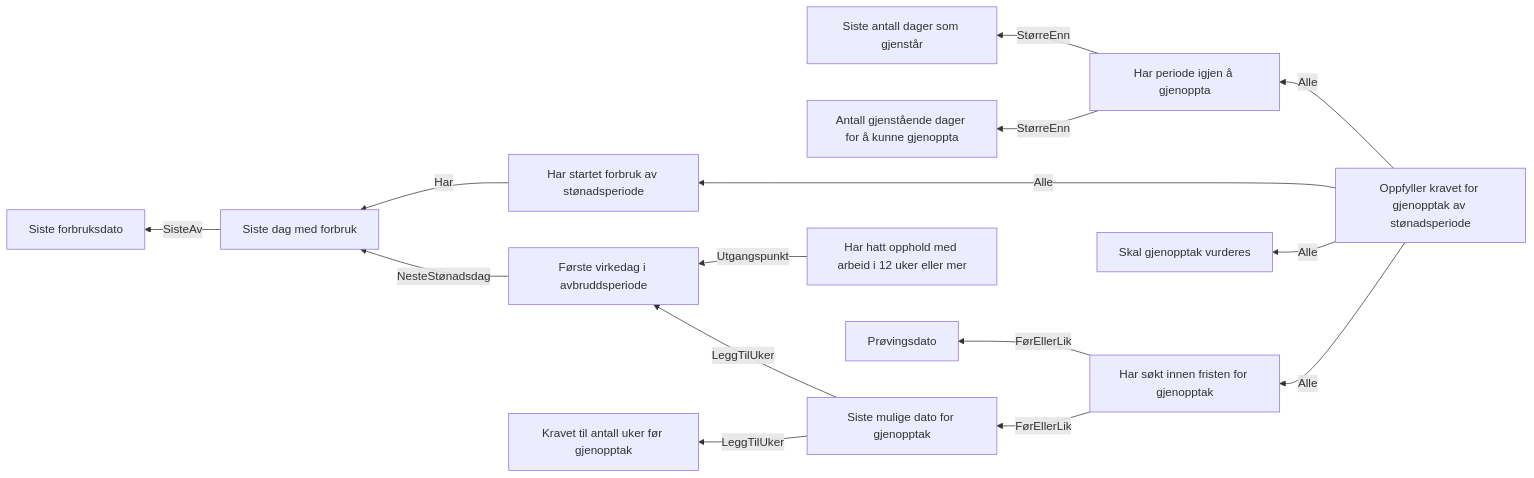
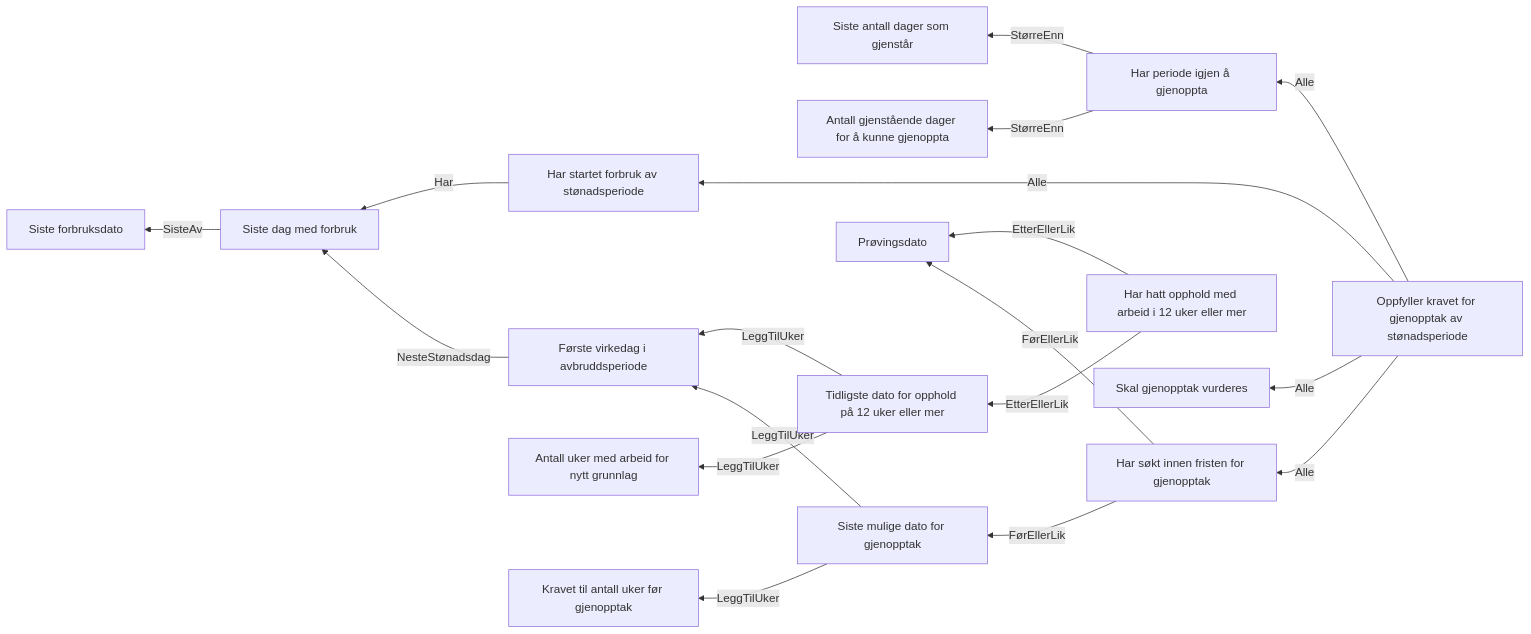
One commit to navikt/dp-behandling changed the diagram in docs/regler/§ 4-16. Gjenopptak av løpende stønadsperiode som er avbrutt.approved.md. Above: the diagram before and after it, drawn with Mermaid. The commit also changed 4 other files, not shown here.

First line of the commit message:
fix: beregn oppholdMedArbeidI12ukerEllerMer i gjenopptak

````diff
--- a/docs/regler/§ 4-16. Gjenopptak av løpende stønadsperiode som er avbrutt.approved.md
+++ b/docs/regler/§ 4-16. Gjenopptak av løpende stønadsperiode som er avbrutt.approved.md
@@ -5,17 +5,20 @@
 ```mermaid
 graph RL
   A["Har startet forbruk av stønadsperiode"] -->|"Har"| B["Siste dag med forbruk"]
   C["Har periode igjen å gjenoppta"] -->|"StørreEnn"| D["Siste antall dager som gjenstår"]
   C["Har periode igjen å gjenoppta"] -->|"StørreEnn"| E["Antall gjenstående dager for å kunne gjenoppta"]
-  F["Har hatt opphold med arbeid i 12 uker eller mer"] -->|"Utgangspunkt"| G["Første virkedag i avbruddsperiode"]
-  B["Siste dag med forbruk"] -->|"SisteAv"| H["Siste forbruksdato"]
+  F["Tidligste dato for opphold på 12 uker eller mer"] -->|"LeggTilUker"| G["Første virkedag i avbruddsperiode"]
+  F["Tidligste dato for opphold på 12 uker eller mer"] -->|"LeggTilUker"| H["Antall uker med arbeid for nytt grunnlag"]
+  I["Har hatt opphold med arbeid i 12 uker eller mer"] -->|"EtterEllerLik"| J["Prøvingsdato"]
+  I["Har hatt opphold med arbeid i 12 uker eller mer"] -->|"EtterEllerLik"| F["Tidligste dato for opphold på 12 uker eller mer"]
+  B["Siste dag med forbruk"] -->|"SisteAv"| K["Siste forbruksdato"]
   G["Første virkedag i avbruddsperiode"] -->|"NesteStønadsdag"| B["Siste dag med forbruk"]
-  I["Siste mulige dato for gjenopptak"] -->|"LeggTilUker"| G["Første virkedag i avbruddsperiode"]
-  I["Siste mulige dato for gjenopptak"] -->|"LeggTilUker"| J["Kravet til antall uker før gjenopptak"]
-  K["Har søkt innen fristen for gjenopptak"] -->|"FørEllerLik"| L["Prøvingsdato"]
-  K["Har søkt innen fristen for gjenopptak"] -->|"FørEllerLik"| I["Siste mulige dato for gjenopptak"]
-  M["Oppfyller kravet for gjenopptak av stønadsperiode"] -->|"Alle"| A["Har startet forbruk av stønadsperiode"]
-  M["Oppfyller kravet for gjenopptak av stønadsperiode"] -->|"Alle"| C["Har periode igjen å gjenoppta"]
-  M["Oppfyller kravet for gjenopptak av stønadsperiode"] -->|"Alle"| K["Har søkt innen fristen for gjenopptak"]
-  M["Oppfyller kravet for gjenopptak av stønadsperiode"] -->|"Alle"| N["Skal gjenopptak vurderes"]
+  L["Siste mulige dato for gjenopptak"] -->|"LeggTilUker"| G["Første virkedag i avbruddsperiode"]
+  L["Siste mulige dato for gjenopptak"] -->|"LeggTilUker"| M["Kravet til antall uker før gjenopptak"]
+  N["Har søkt innen fristen for gjenopptak"] -->|"FørEllerLik"| J["Prøvingsdato"]
+  N["Har søkt innen fristen for gjenopptak"] -->|"FørEllerLik"| L["Siste mulige dato for gjenopptak"]
+  O["Oppfyller kravet for gjenopptak av stønadsperiode"] -->|"Alle"| A["Har startet forbruk av stønadsperiode"]
+  O["Oppfyller kravet for gjenopptak av stønadsperiode"] -->|"Alle"| C["Har periode igjen å gjenoppta"]
+  O["Oppfyller kravet for gjenopptak av stønadsperiode"] -->|"Alle"| N["Har søkt innen fristen for gjenopptak"]
+  O["Oppfyller kravet for gjenopptak av stønadsperiode"] -->|"Alle"| P["Skal gjenopptak vurderes"]
 ```
````
